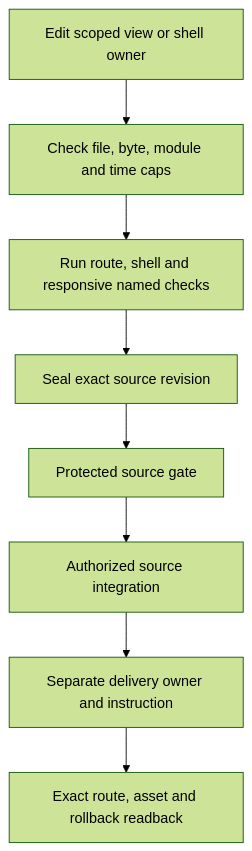
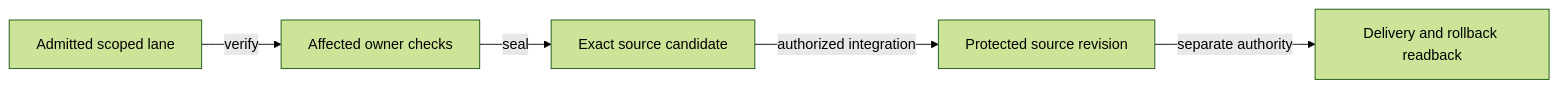
Before and after one commit to huijoohwee/agentic-commerce-os: the fourth of 5 diagrams in docs/prd-tad-adr-mvp-gtm-agentic-commerce-os.md, drawn with Mermaid (forest theme). The commit also changed other lines of this file and 13 other files, not shown here.

````diff
--- a/docs/prd-tad-adr-mvp-gtm-agentic-commerce-os.md
+++ b/docs/prd-tad-adr-mvp-gtm-agentic-commerce-os.md
@@ -185,10 +229,12 @@
 ```mermaid
-flowchart TD
-  change[Edit scoped view or shell owner] --> bounds[Check file, byte, module and time caps]
-  bounds --> named[Run route, shell and responsive named checks]
-  named --> candidate[Seal exact source revision]
-  candidate --> ci[Protected source gate]
-  ci --> merge[Authorized source integration]
-  merge --> deploy[Separate delivery owner and instruction]
-  deploy --> readback[Exact route, asset and rollback readback]
+flowchart LR
+  scope[Admitted scoped lane]
+  checks[Affected owner checks]
+  source[Exact source candidate]
+  protected[Protected source revision]
+  delivery[Delivery and rollback readback]
+  scope -->|verify| checks
+  checks -->|seal| source
+  source -->|authorized integration| protected
+  protected -->|separate authority| delivery
 ```
````
